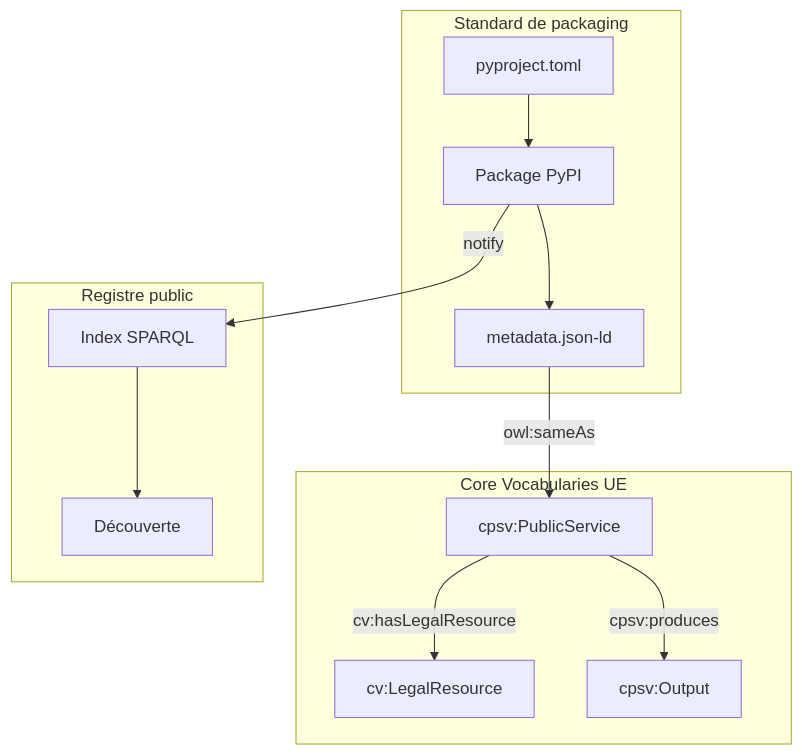
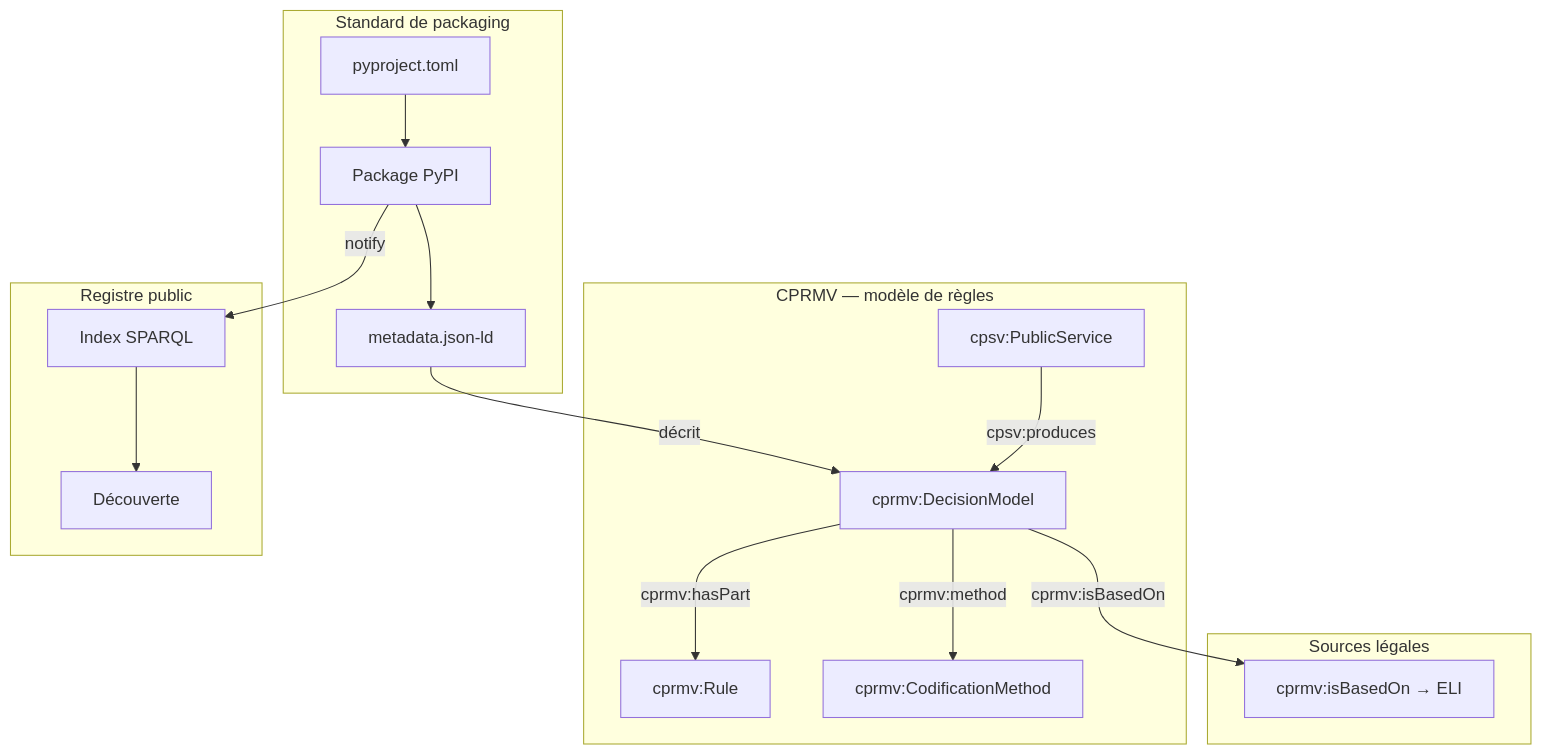
Before and after one commit to qloridant/doc-catalogue-regles: the diagram in docs/index.md, drawn with Mermaid. The commit also changed other lines of this file and 12 other files, not shown here.

````diff
--- a/docs/index.md
+++ b/docs/index.md
@@ -123,21 +136,27 @@
 ```mermaid
 graph TB
     subgraph "Standard de packaging"
         A[pyproject.toml] --> B[Package PyPI]
         B --> C[metadata.json-ld]
     end
-    subgraph "Core Vocabularies UE"
+    subgraph "CPRMV — modèle de règles"
         D[cpsv:PublicService]
-        E[cv:LegalResource]
-        F[cpsv:Output]
+        DM[cprmv:DecisionModel]
+        R[cprmv:Rule]
+        M[cprmv:CodificationMethod]
+    end
+    subgraph "Sources légales"
+        E[cprmv:isBasedOn → ELI]
     end
     subgraph "Registre public"
         G[Index SPARQL]
         H[Découverte]
     end
-    C -->|owl:sameAs| D
-    D -->|cv:hasLegalResource| E
-    D -->|cpsv:produces| F
+    C -->|décrit| DM
+    D -->|cpsv:produces| DM
+    DM -->|cprmv:hasPart| R
+    DM -->|cprmv:method| M
+    DM -->|cprmv:isBasedOn| E
     B -->|notify| G
     G --> H
 ```
````
